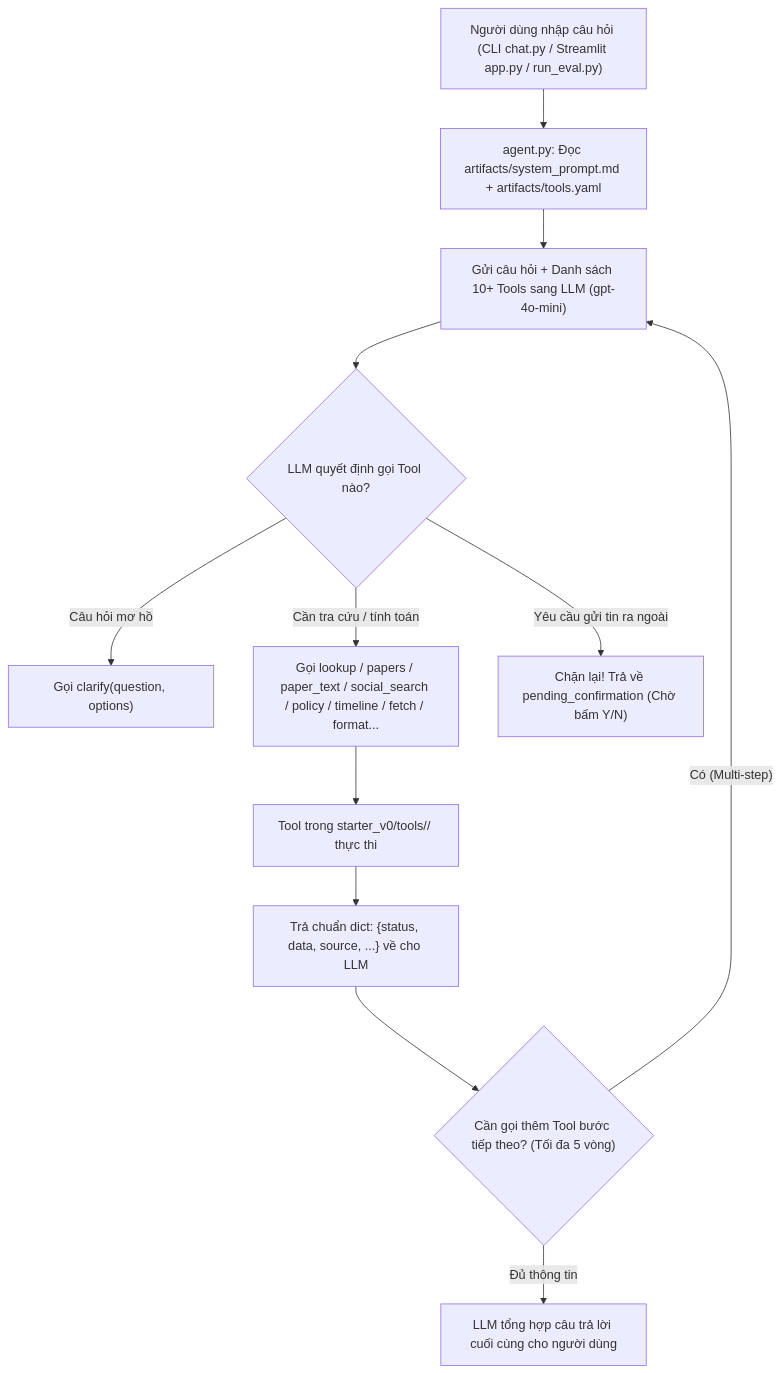
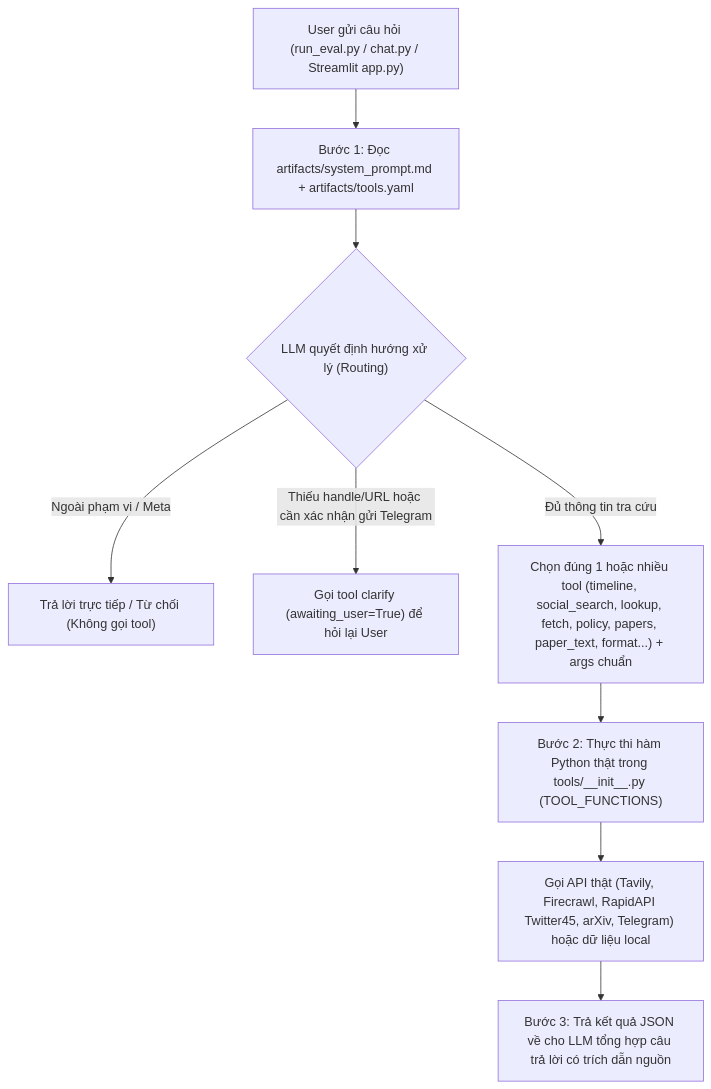
Before and after one commit to rachel157/K5-L3-DAY03-PhamVietHung-2A202603370-ResearchAgentToolEval: the diagram in HUONG_DAN_PHOI_HOP_NHOM_DAY03.md, drawn with Mermaid. The commit also changed other lines of this file and 1 other file, not shown here.

````diff
--- a/HUONG_DAN_PHOI_HOP_NHOM_DAY03.md
+++ b/HUONG_DAN_PHOI_HOP_NHOM_DAY03.md
@@ -34,14 +25,11 @@
 ```mermaid
 flowchart TD
-    U["Người dùng nhập câu hỏi (CLI chat.py / Streamlit app.py / run_eval.py)"] --> A["agent.py: Đọc artifacts/system_prompt.md + artifacts/tools.yaml"]
-    A --> B["Gửi câu hỏi + Danh sách 10+ Tools sang LLM (gpt-4o-mini)"]
-    B --> C{"LLM quyết định gọi Tool nào?"}
-    C -- "Câu hỏi mơ hồ" --> T1["Gọi clarify(question, options)"]
-    C -- "Cần tra cứu / tính toán" --> T2["Gọi lookup / papers / paper_text / social_search / policy / timeline / fetch / format..."]
-    C -- "Yêu cầu gửi tin ra ngoài" --> T3["Chặn lại! Trả về pending_confirmation (Chờ bấm Y/N)"]
-    T2 --> D["Tool trong starter_v0/tools/<tên_tool>/ thực thi"]
-    D --> E["Trả chuẩn dict: {status, data, source, ...} về cho LLM"]
-    E --> F{"Cần gọi thêm Tool bước tiếp theo? (Tối đa 5 vòng)"}
-    F -- "Có (Multi-step)" --> B
-    F -- "Đủ thông tin" --> G["LLM tổng hợp câu trả lời cuối cùng cho người dùng"]
+    U["User gửi câu hỏi (run_eval.py / chat.py / Streamlit app.py)"] --> A["Bước 1: Đọc artifacts/system_prompt.md + artifacts/tools.yaml"]
+    A --> B{"LLM quyết định hướng xử lý (Routing)"}
+    B -- "Ngoài phạm vi / Meta" --> R1["Trả lời trực tiếp / Từ chối (Không gọi tool)"]
+    B -- "Thiếu handle/URL hoặc cần xác nhận gửi Telegram" --> R2["Gọi tool clarify (awaiting_user=True) để hỏi lại User"]
+    B -- "Đủ thông tin tra cứu" --> R3["Chọn đúng 1 hoặc nhiều tool (timeline, social_search, lookup, fetch, policy, papers, paper_text, format...) + args chuẩn"]
+    R3 --> C["Bước 2: Thực thi hàm Python thật trong tools/__init__.py (TOOL_FUNCTIONS)"]
+    C --> D["Gọi API thật (Tavily, Firecrawl, RapidAPI Twitter45, arXiv, Telegram) hoặc dữ liệu local"]
+    D --> E["Bước 3: Trả kết quả JSON về cho LLM tổng hợp câu trả lời có trích dẫn nguồn"]
 ```
````
